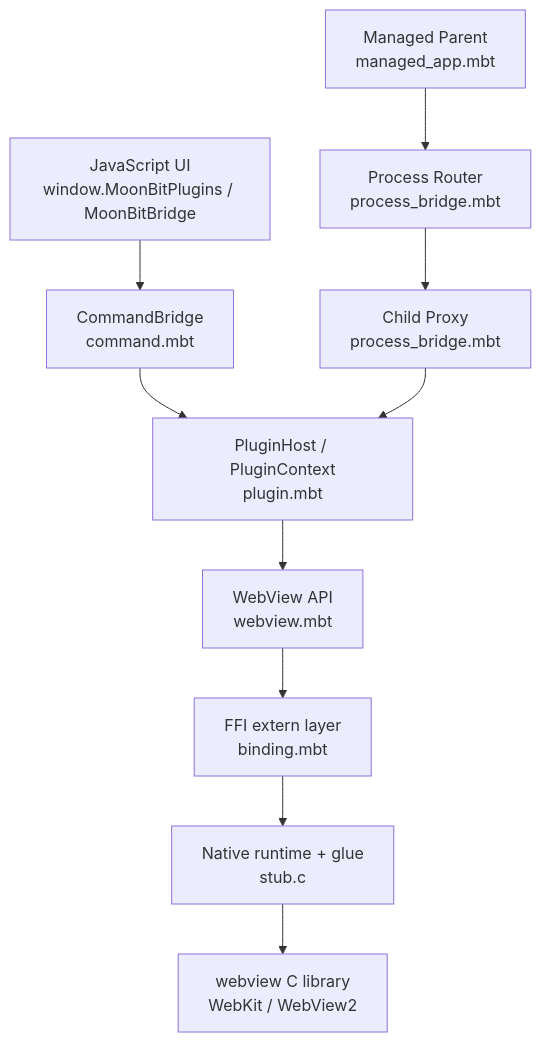
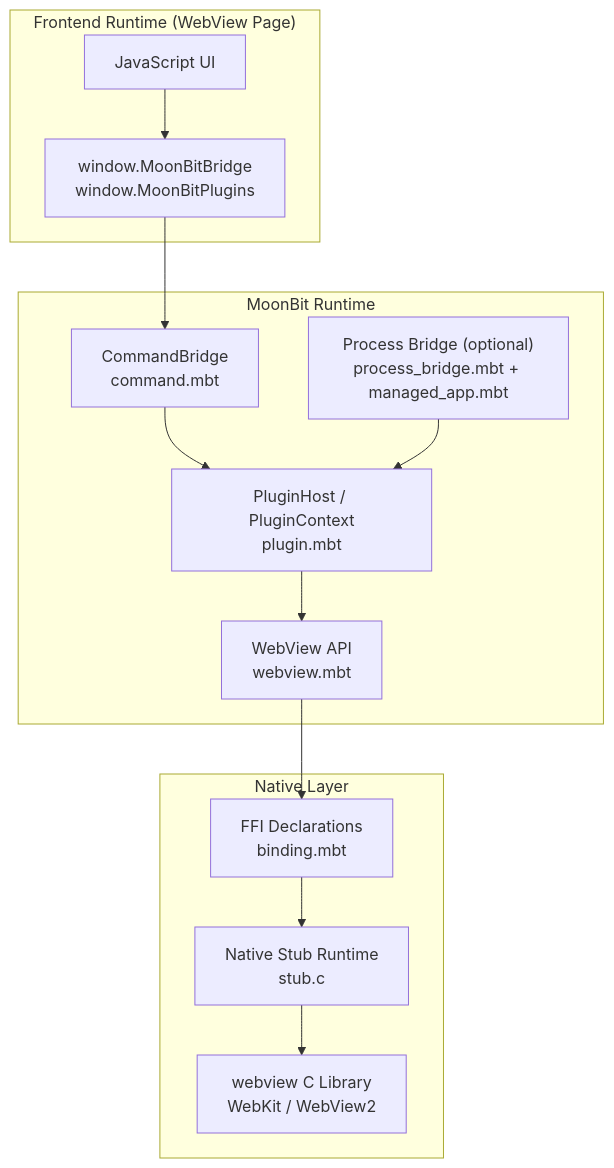
Before and after one commit to lepus-apps/lepus_webview: the diagram in README.mbt.md, drawn with Mermaid. The commit also changed other lines of this file, not shown here.

````diff
--- a/README.mbt.md
+++ b/README.mbt.md
@@ -38,13 +38,28 @@
 ```mermaid
 flowchart TD
-    UI["JavaScript UI<br/>window.MoonBitPlugins / MoonBitBridge"] --> BR["CommandBridge<br/>command.mbt"]
-    BR --> PL["PluginHost / PluginContext<br/>plugin.mbt"]
-    PL --> WV["WebView API<br/>webview.mbt"]
-    WV --> FFI["FFI extern layer<br/>binding.mbt"]
-    FFI --> STUB["Native runtime + glue<br/>stub.c"]
-    STUB --> LIB["webview C library<br/>WebKit / WebView2"]
+    subgraph Frontend["Frontend Runtime (WebView Page)"]
+        UI["JavaScript UI"]
+        JSAPI["window.MoonBitBridge<br/>window.MoonBitPlugins"]
+        UI --> JSAPI
+    end
 
-    PARENT["Managed Parent<br/>managed_app.mbt"] --> ROUTER["Process Router<br/>process_bridge.mbt"]
-    ROUTER --> PROXY["Child Proxy<br/>process_bridge.mbt"]
-    PROXY --> PL
+    subgraph MoonBit["MoonBit Runtime"]
+        BR["CommandBridge<br/>command.mbt"]
+        PL["PluginHost / PluginContext<br/>plugin.mbt"]
+        WV["WebView API<br/>webview.mbt"]
+        PB["Process Bridge (optional)<br/>process_bridge.mbt + managed_app.mbt"]
+        JSAPI --> BR
+        BR --> PL
+        PL --> WV
+        PB --> PL
+    end
+
+    subgraph Native["Native Layer"]
+        FFI["FFI Declarations<br/>binding.mbt"]
+        STUB["Native Stub Runtime<br/>stub.c"]
+        LIB["webview C Library<br/>WebKit / WebView2"]
+        WV --> FFI
+        FFI --> STUB
+        STUB --> LIB
+    end
 ```
````
